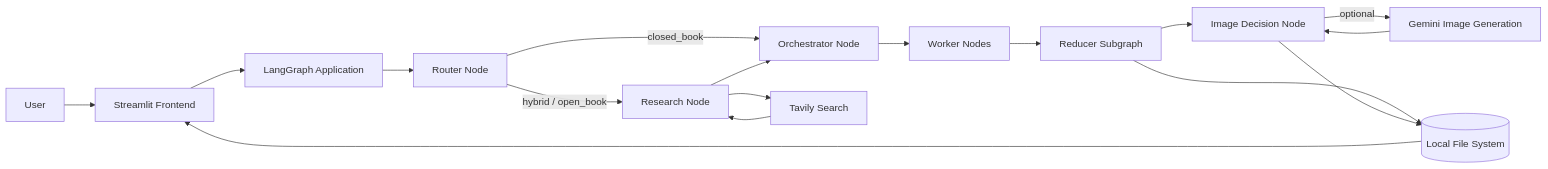
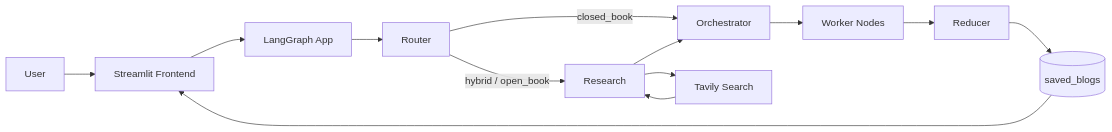
One commit to adimantamu/Blog-writing-agent-application changed the first of 3 diagrams in README.md. Above: the diagram before and after it, drawn with Mermaid. The commit also changed other lines of this file and 2 other files, not shown here.

````diff
--- a/README.md
+++ b/README.md
@@ -56,22 +72,15 @@
 ```mermaid
 flowchart LR
     U[User] --> S[Streamlit Frontend]
-    S --> G[LangGraph Application]
-
-    G --> R[Router Node]
-    R -->|closed_book| O[Orchestrator Node]
-    R -->|hybrid / open_book| T[Research Node]
+    S --> G[LangGraph App]
+    G --> R[Router]
+    R -->|closed_book| O[Orchestrator]
+    R -->|hybrid / open_book| T[Research]
     T --> TV[Tavily Search]
     TV --> T
     T --> O
-
     O --> W[Worker Nodes]
-    W --> M[Reducer Subgraph]
-    M --> D[Image Decision Node]
-    D -->|optional| GI[Gemini Image Generation]
-    GI --> D
-
-    M --> F[(Local File System)]
-    D --> F
-    F --> S
+    W --> M[Reducer]
+    M --> SB[(saved_blogs)]
+    SB --> S
 ```
````
